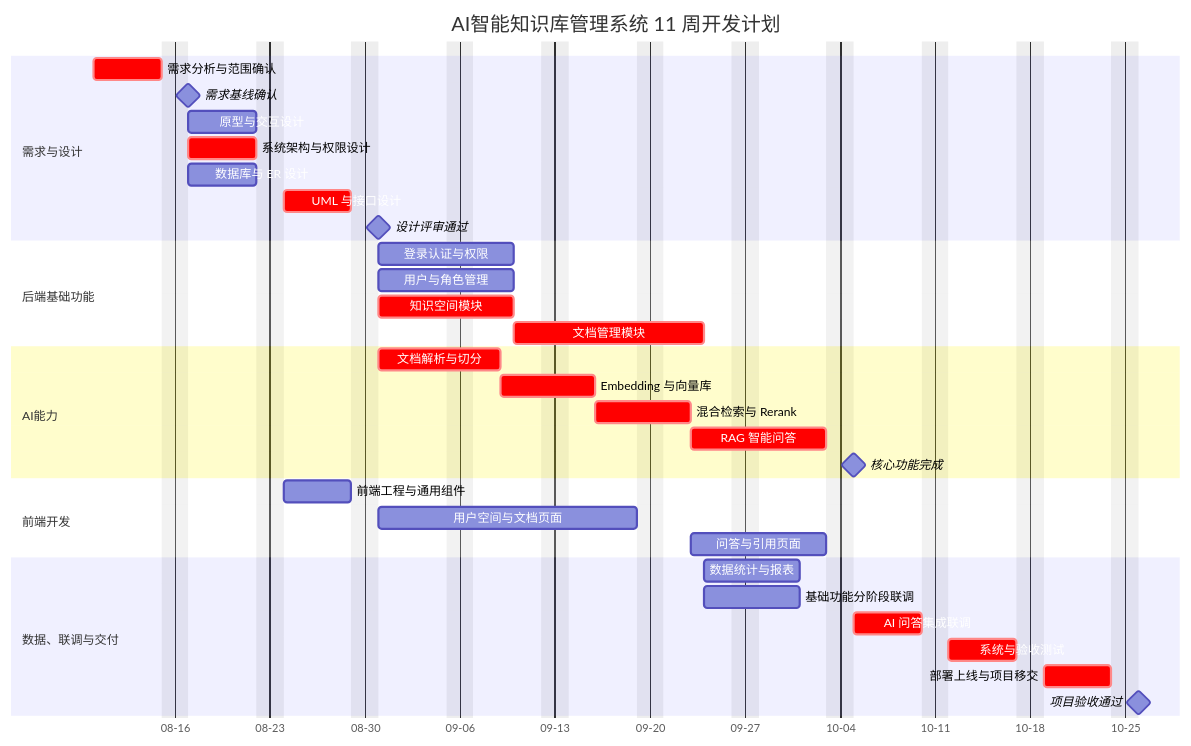
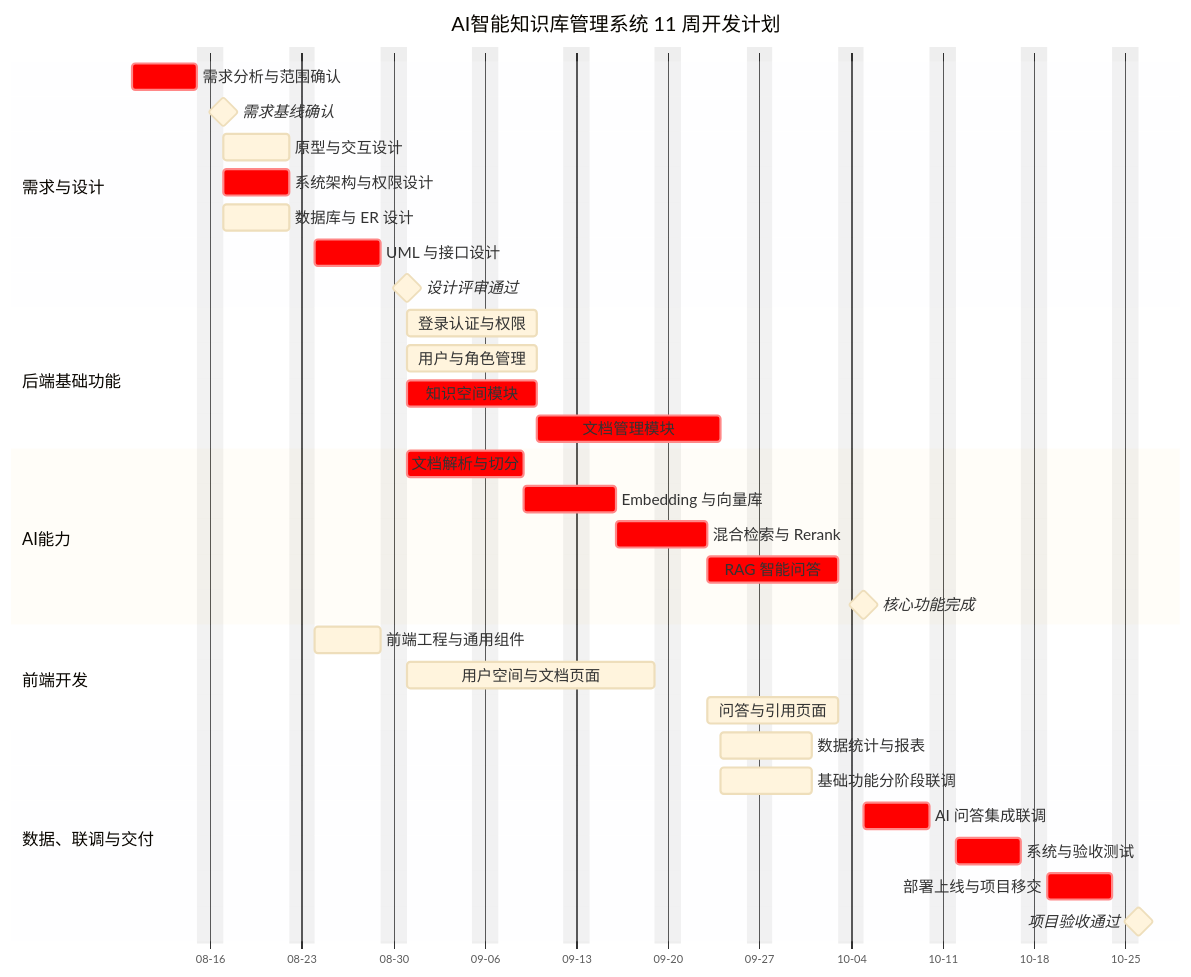
Before and after one commit to YJsnz/Agent: the fourth of 22 diagrams in readme.md, drawn with Mermaid. The commit also changed other lines of this file, not shown here.

````diff
--- a/readme.md
+++ b/readme.md
@@ -417,43 +435,44 @@
 ```mermaid
+%%{init: {"theme":"base","themeVariables":{"fontFamily":"Microsoft YaHei, Arial, sans-serif"},"gantt":{"barHeight":24,"barGap":8,"topPadding":55,"leftPadding":110,"gridLineStartPadding":40,"fontSize":14,"sectionFontSize":15,"numberSectionStyles":4,"useMaxWidth":false}}}%%
 gantt
     title AI智能知识库管理系统 11 周开发计划
     dateFormat  YYYY-MM-DD
     axisFormat  %m-%d
     excludes    weekends
     todayMarker off
 
     section 需求与设计
     需求分析与范围确认     :crit, a1, 2026-08-10, 5d
     需求基线确认           :milestone, m1, after a1, 0d
     原型与交互设计         :a2, after a1, 5d
     系统架构与权限设计     :crit, a3, after a1, 5d
     数据库与 ER 设计       :a4, after a1, 5d
     UML 与接口设计        :crit, a5, after a3, 5d
     设计评审通过           :milestone, m2, after a5, 0d
 
     section 后端基础功能
     登录认证与权限       :b1, after a5, 8d
     用户与角色管理       :b2, after a5, 8d
     知识空间模块         :crit, b3, after a5, 8d
     文档管理模块         :crit, b4, after b3, 10d
 
     section AI能力
     文档解析与切分       :crit, c1, after a5, 7d
     Embedding 与向量库   :crit, c2, after c1, 5d
     混合检索与 Rerank    :crit, c3, after c2, 5d
     RAG 智能问答         :crit, c4, after c3, 8d
     核心功能完成           :milestone, m3, after c4, 0d
 
     section 前端开发
     前端工程与通用组件     :f1, after a2, 5d
     用户空间与文档页面   :f2, after a5, 15d
     问答与引用页面       :f3, after c3, 8d
 
     section 数据、联调与交付
     数据统计与报表       :d1, after b4, 5d
     基础功能分阶段联调     :e1, after b4, 5d
     AI 问答集成联调       :crit, e2, after c4, 5d
     系统与验收测试       :crit, e3, after e2, 5d
     部署上线与项目移交     :crit, e4, after e3, 5d
     项目验收通过           :milestone, m4, after e4, 0d
 ```
````
